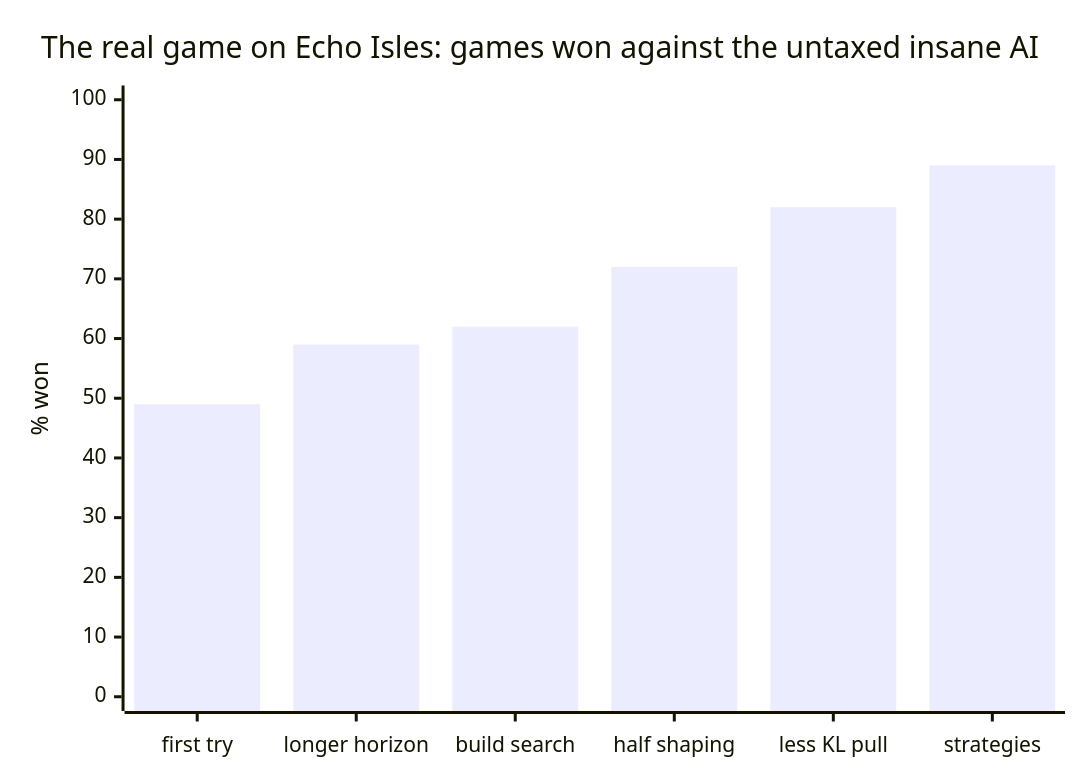
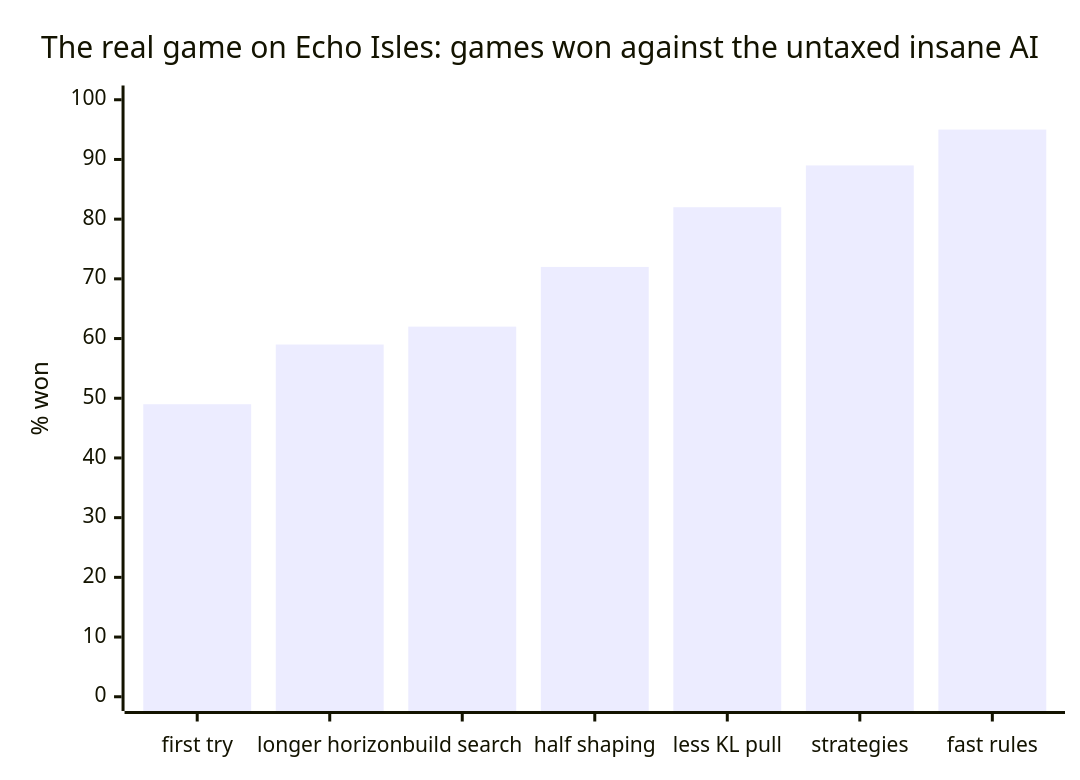
One commit to RobinKa/warcraftsim changed the first of 5 diagrams in README.md. Above: the diagram before and after it, drawn with Mermaid. The commit also changed other lines of this file and 7 other files, not shown here.

````diff
--- a/README.md
+++ b/README.md
@@ -15,7 +15,7 @@
 ```mermaid
 xychart-beta
   title "The real game on Echo Isles: games won against the untaxed insane AI"
-  x-axis ["first try", "longer horizon", "build search", "half shaping", "less KL pull", "strategies"]
+  x-axis ["first try", "longer horizon", "build search", "half shaping", "less KL pull", "strategies", "fast rules"]
   y-axis "% won" 0 --> 100
-  bar [49, 59, 62, 72, 82, 89]
+  bar [49, 59, 62, 72, 82, 89, 95]
 ```
````
